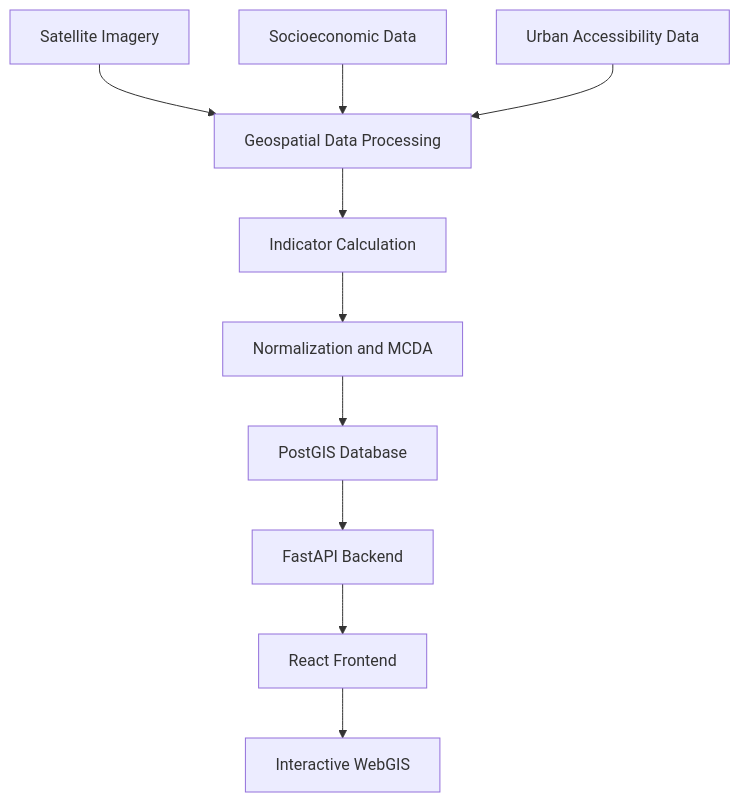
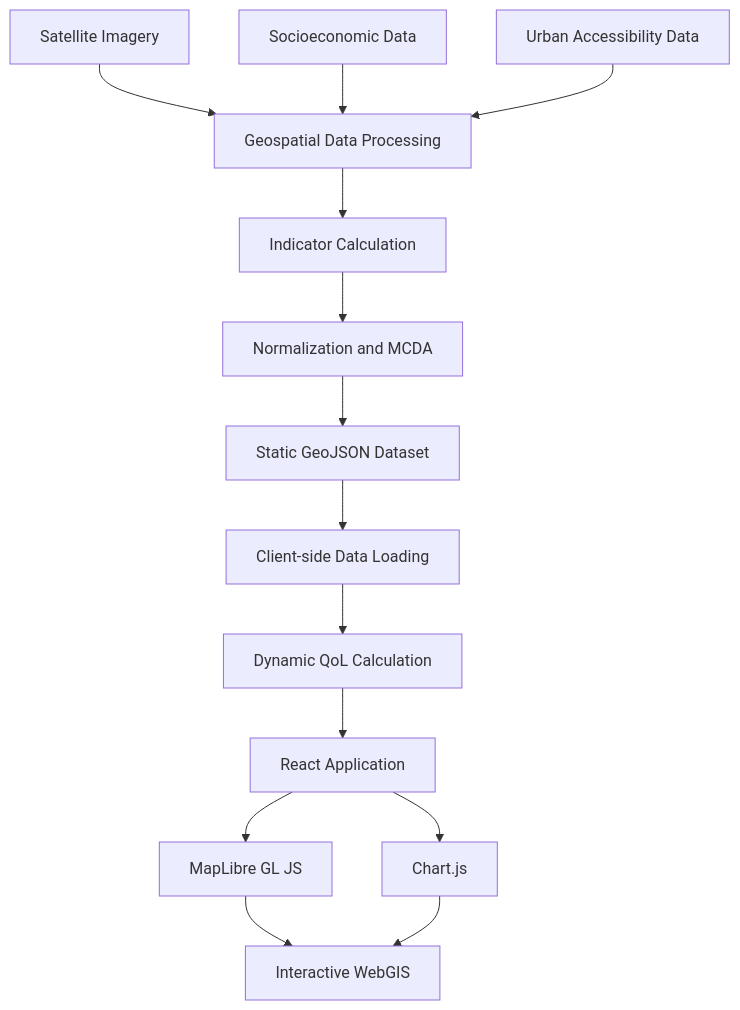
One commit to nikoschatzes657-design/Repository-name-quol-i-thessaloniki changed the diagram in README.md. Above: the diagram before and after it, drawn with Mermaid. The commit also changed other lines of this file, not shown here.

Commit message:
docs: update architecture and technology stack for static GeoJSON deployment

````diff
--- a/README.md
+++ b/README.md
@@ -162,12 +172,16 @@
 ```mermaid
 flowchart TD
     A[Satellite Imagery] --> D[Geospatial Data Processing]
     B[Socioeconomic Data] --> D
     C[Urban Accessibility Data] --> D
     D --> E[Indicator Calculation]
     E --> F[Normalization and MCDA]
-    F --> G[PostGIS Database]
-    G --> H[FastAPI Backend]
-    H --> I[React Frontend]
-    I --> J[Interactive WebGIS]
+    F --> G[Static GeoJSON Dataset]
+    G --> H[Client-side Data Loading]
+    H --> I[Dynamic QoL Calculation]
+    I --> J[React Application]
+    J --> K[MapLibre GL JS]
+    J --> L[Chart.js]
+    K --> M[Interactive WebGIS]
+    L --> M
 ```
````
